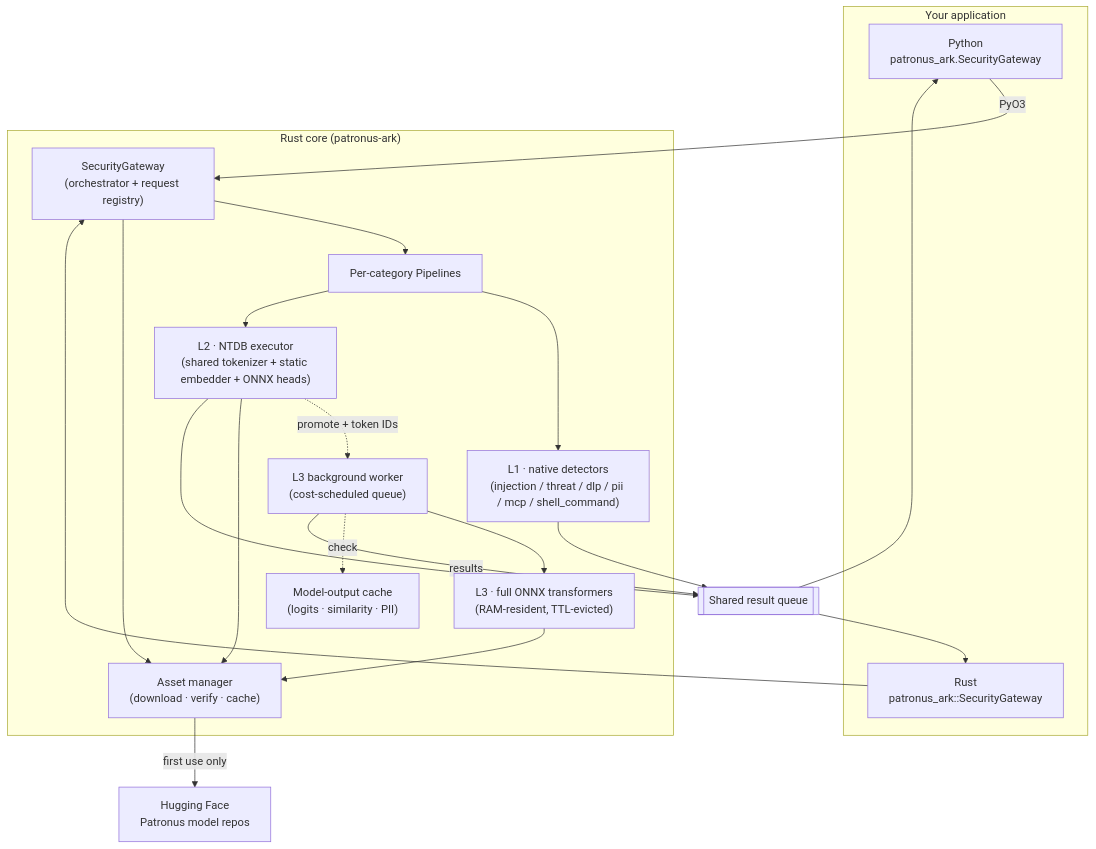
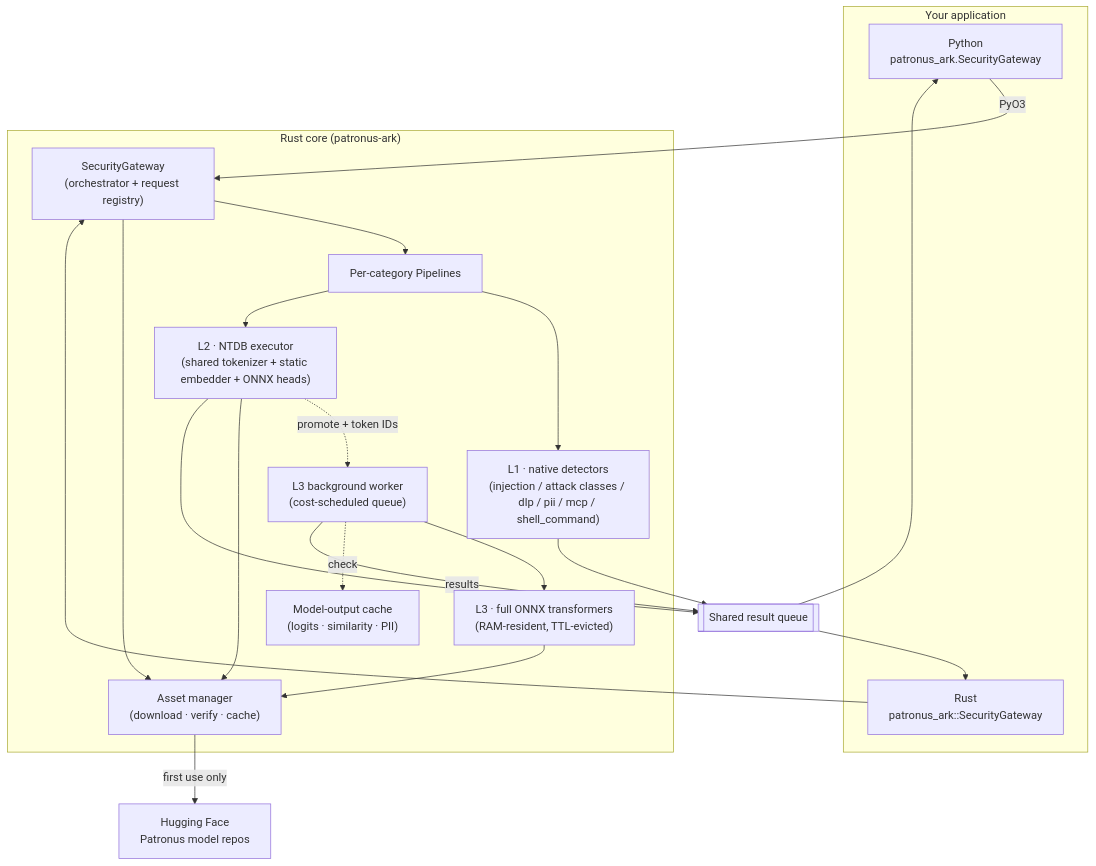
The first of 2 diagrams in docs/concepts/architecture.md (patronus-protect/patronus-security), drawn with Mermaid before and after one commit. The commit also changed 88 other files, not shown here.

````diff
--- a/docs/concepts/architecture.md
+++ b/docs/concepts/architecture.md
@@ -13,30 +13,30 @@
 ```mermaid
 flowchart TB
     subgraph client["Your application"]
         Py["Python<br/>patronus_ark.SecurityGateway"]
         Rs["Rust<br/>patronus_ark::SecurityGateway"]
     end
 
     Py -->|PyO3| GW
     Rs --> GW
 
     subgraph core["Rust core (patronus-ark)"]
         GW["SecurityGateway<br/>(orchestrator + request registry)"]
         GW --> PIPE["Per-category Pipelines"]
-        PIPE --> L1["L1 · native detectors<br/>(injection / threat / dlp / pii / mcp / shell_command)"]
+        PIPE --> L1["L1 · native detectors<br/>(injection / attack classes / dlp / pii / mcp / shell_command)"]
         PIPE --> L2["L2 · NTDB executor<br/>(shared tokenizer + static embedder + ONNX heads)"]
         L2 -.promote + token IDs.-> WORKER["L3 background worker<br/>(cost-scheduled queue)"]
         WORKER --> L3["L3 · full ONNX transformers<br/>(RAM-resident, TTL-evicted)"]
         WORKER -.check.-> CACHE["Model-output cache<br/>(logits · similarity · PII)"]
         GW --> ASSETS["Asset manager<br/>(download · verify · cache)"]
         L2 --> ASSETS
         L3 --> ASSETS
     end
 
     ASSETS -->|first use only| HF["Hugging Face<br/>Patronus model repos"]
     WORKER -->|results| QUEUE[["Shared result queue"]]
     L1 --> QUEUE
     L2 --> QUEUE
     QUEUE --> Py
     QUEUE --> Rs
 ```
````
